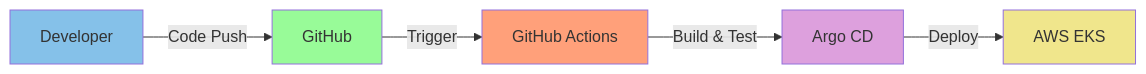
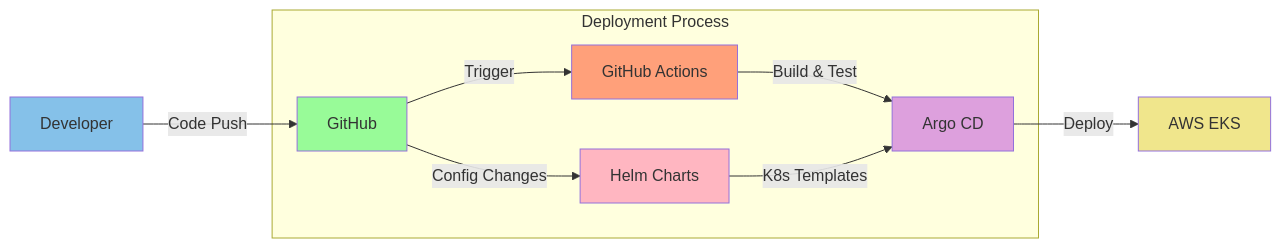
One commit to ahmdnzm/go-web-app-devops changed the diagram in README.md. Above: the diagram before and after it, drawn with Mermaid.

````diff
--- a/README.md
+++ b/README.md
@@ -20,13 +20,20 @@
 ```mermaid
 graph LR
     dev[Developer] -->|Code Push| github[GitHub]
     github -->|Trigger| actions[GitHub Actions]
-    actions -->|Build & Test| argocd[Argo CD]
+    
+    subgraph "Deployment Process"
+        actions -->|Build & Test| argocd[Argo CD]
+        helm[Helm Charts] -->|K8s Templates| argocd
+        github -->|Config Changes| helm
+    end
+    
     argocd -->|Deploy| eks[AWS EKS]
 
     style dev fill:#85C1E9
     style github fill:#98FB98
     style actions fill:#FFA07A
     style argocd fill:#DDA0DD
     style eks fill:#F0E68C
+    style helm fill:#FFB6C1
 ```
````
